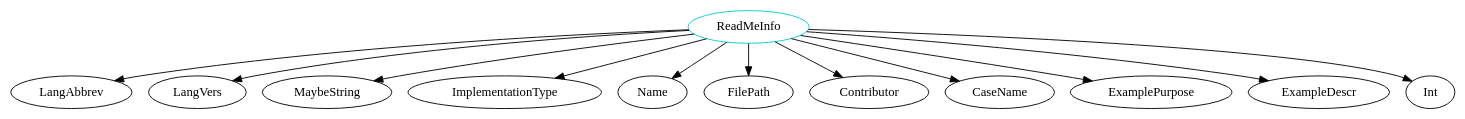
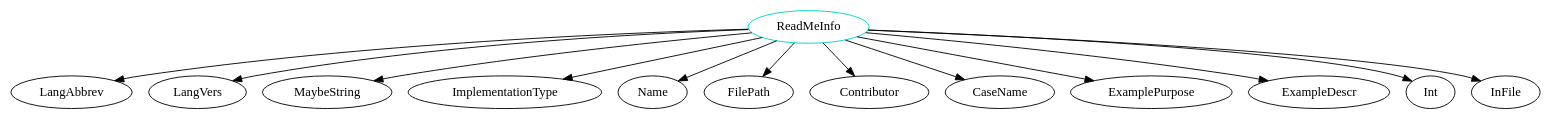
One commit to JacquesCarette/Drasil changed the diagram in analysis/TypeDependencyGraphs/code/ReadMeInfo.dot. Above: the diagram before and after it, drawn with Graphviz. The commit also changed 431 other files, not shown here.

```diff
--- a/analysis/TypeDependencyGraphs/code/ReadMeInfo.dot
+++ b/analysis/TypeDependencyGraphs/code/ReadMeInfo.dot
@@ -1,14 +1,15 @@
 digraph readmeinfo{
 ReadMeInfo	[shape=oval, color=cyan3, label="ReadMeInfo"];
 ReadMeInfo -> LangAbbrev;
 ReadMeInfo -> LangVers;
 ReadMeInfo -> MaybeString;
 ReadMeInfo -> ImplementationType;
 ReadMeInfo -> Name;
 ReadMeInfo -> FilePath;
 ReadMeInfo -> Contributor;
 ReadMeInfo -> CaseName;
 ReadMeInfo -> ExamplePurpose;
 ReadMeInfo -> ExampleDescr;
 ReadMeInfo -> Int;
+ReadMeInfo -> InFile;
 }
```
